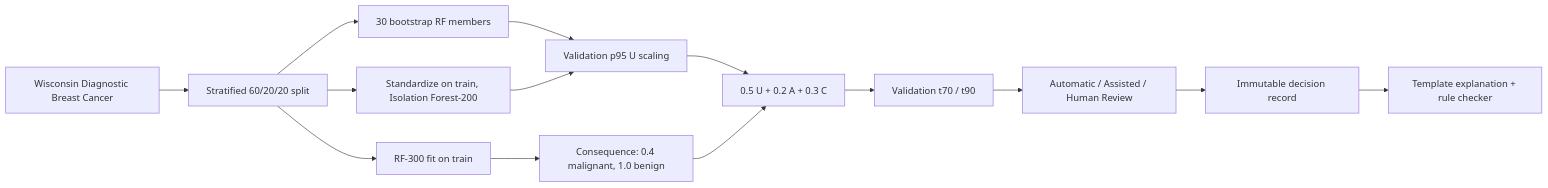
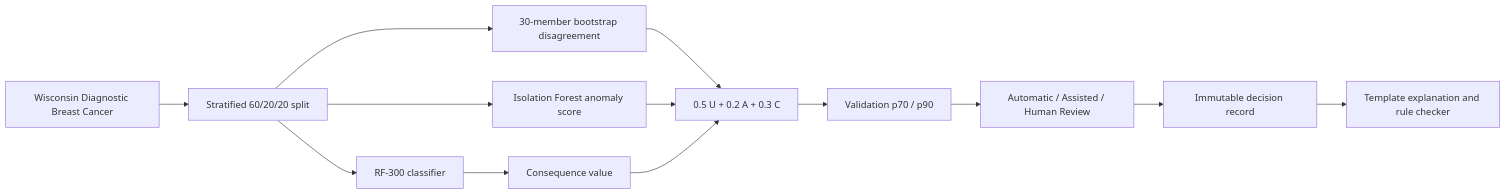
One commit to ketaki224917/risk-aware-abstention-system changed the diagram in README.md. Above: the diagram before and after it, drawn with Mermaid. The commit also changed other lines of this file and 9 other files, not shown here.

````diff
--- a/README.md
+++ b/README.md
@@ -47,16 +76,15 @@
 ```mermaid
 flowchart LR
     D[Wisconsin Diagnostic Breast Cancer] --> S[Stratified 60/20/20 split]
-    S --> M[RF-300 fit on train]
-    S --> U[30 bootstrap RF members]
-    S --> A[Standardize on train, Isolation Forest-200]
-    M --> C[Consequence: 0.4 malignant, 1.0 benign]
-    U --> N[Validation p95 U scaling]
-    A --> N
-    N --> R[0.5 U + 0.2 A + 0.3 C]
+    S --> M[RF-300 classifier]
+    S --> U[30-member bootstrap disagreement]
+    S --> A[Isolation Forest anomaly score]
+    M --> C[Consequence value]
+    U --> R[0.5 U + 0.2 A + 0.3 C]
+    A --> R
     C --> R
-    R --> T[Validation t70 / t90]
+    R --> T[Validation p70 / p90]
     T --> P[Automatic / Assisted / Human Review]
     P --> E[Immutable decision record]
-    E --> X[Template explanation + rule checker]
+    E --> X[Template explanation and rule checker]
 ```
````
